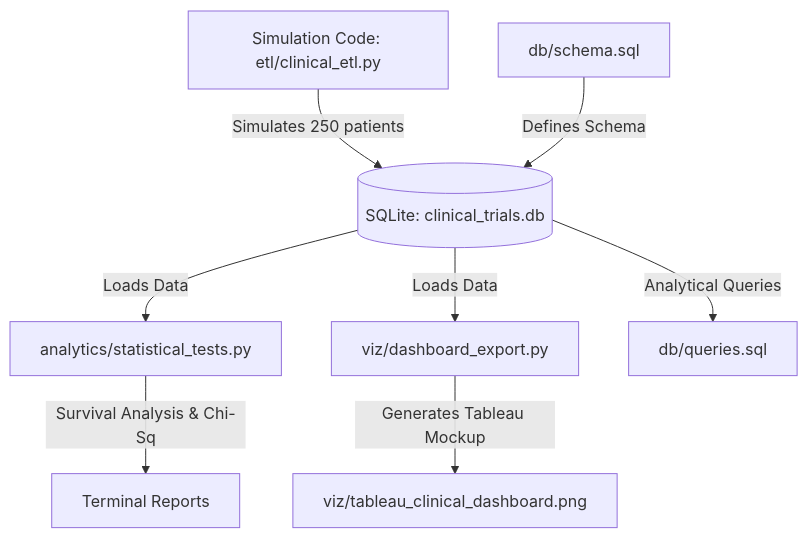
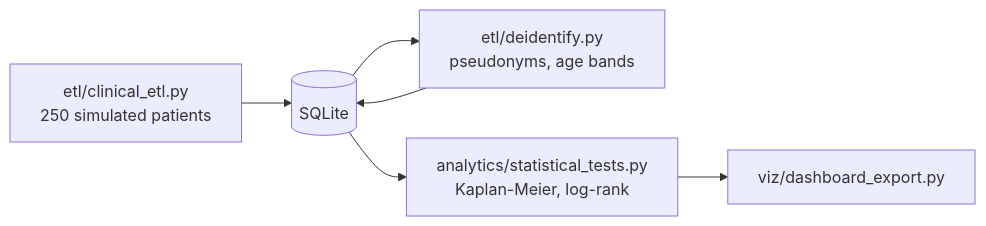
One commit to Deshraj-Jogiya/Clinical-Trials-Outcomes-Analysis changed the diagram in README.md. Above: the diagram before and after it, drawn with Mermaid. The commit also changed other lines of this file and 6 other files, not shown here.

First line of the commit message:
Add a de-identified patient table and label the chart as matplotlib

````diff
--- a/README.md
+++ b/README.md
@@ -43,10 +18,7 @@
 ```mermaid
-graph TD
-    A[Simulation Code: etl/clinical_etl.py] -->|Simulates 250 patients| B[(SQLite: clinical_trials.db)]
-    C[db/schema.sql] -->|Defines Schema| B
-    B -->|Loads Data| D[analytics/statistical_tests.py]
-    B -->|Loads Data| E[viz/dashboard_export.py]
-    B -->|Analytical Queries| F[db/queries.sql]
-    D -->|Survival Analysis & Chi-Sq| G[Terminal Reports]
-    E -->|Generates Tableau Mockup| H[viz/tableau_clinical_dashboard.png]
+flowchart LR
+    E[etl/clinical_etl.py<br/>250 simulated patients] --> DB[(SQLite)]
+    DB --> D[etl/deidentify.py<br/>pseudonyms, age bands] --> DB
+    DB --> S[analytics/statistical_tests.py<br/>Kaplan-Meier, log-rank]
+    S --> V[viz/dashboard_export.py]
 ```
````
